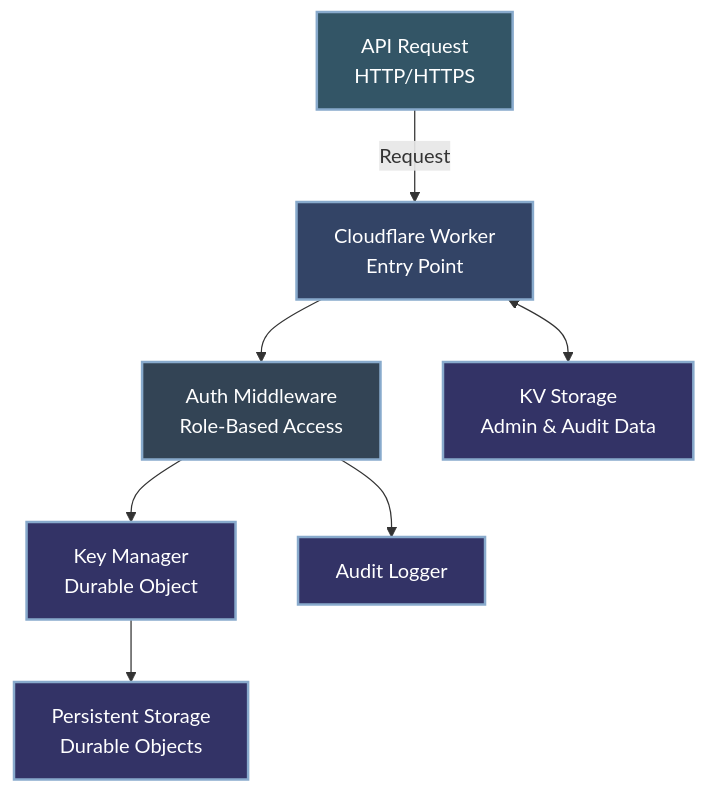
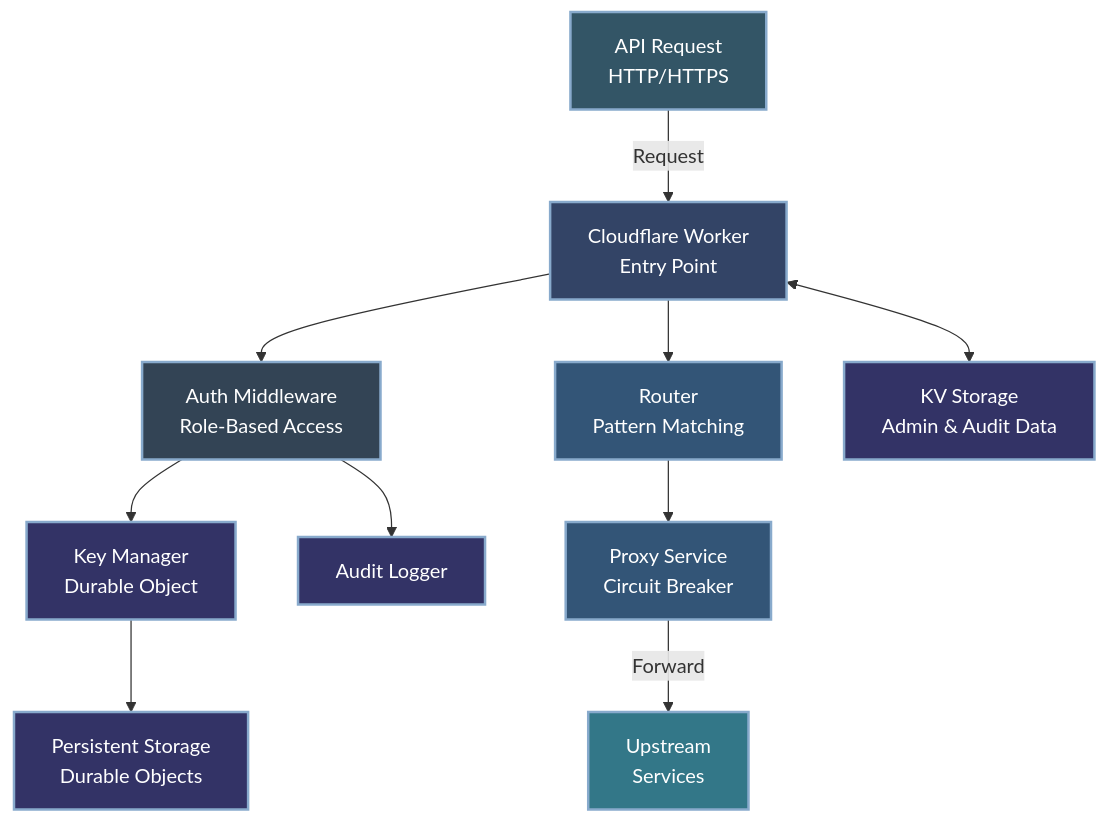
Before and after one commit to erfianugrah/api-gateway-workers: the diagram in README.md, drawn with Mermaid. The commit also changed other lines of this file and 19 other files, not shown here.

````diff
--- a/README.md
+++ b/README.md
@@ -47,17 +47,23 @@
 ```mermaid
 flowchart TB
     A["API Request<br>HTTP/HTTPS"] -->|Request| B["Cloudflare Worker<br>Entry Point"]
     B --> C["Auth Middleware<br>Role-Based Access"]
+    B --> H["Router<br>Pattern Matching"]
+    H --> I["Proxy Service<br>Circuit Breaker"]
+    I -->|Forward| J["Upstream<br>Services"]
     C --> D["Key Manager<br>Durable Object"]
     D --> E["Persistent Storage<br>Durable Objects"]
     B <--> F["KV Storage<br>Admin & Audit Data"]
     C --> G["Audit Logger"]
     
     style A fill:#335566,stroke:#88aacc,stroke-width:2px,color:#ffffff
     style B fill:#334466,stroke:#88aacc,stroke-width:2px,color:#ffffff
     style C fill:#334455,stroke:#88aacc,stroke-width:2px,color:#ffffff
     style D fill:#333366,stroke:#88aacc,stroke-width:2px,color:#ffffff
     style E fill:#333366,stroke:#88aacc,stroke-width:2px,color:#ffffff
     style F fill:#333366,stroke:#88aacc,stroke-width:2px,color:#ffffff
     style G fill:#333366,stroke:#88aacc,stroke-width:2px,color:#ffffff
+    style H fill:#335577,stroke:#88aacc,stroke-width:2px,color:#ffffff
+    style I fill:#335577,stroke:#88aacc,stroke-width:2px,color:#ffffff
+    style J fill:#337788,stroke:#88aacc,stroke-width:2px,color:#ffffff
 ```
````
